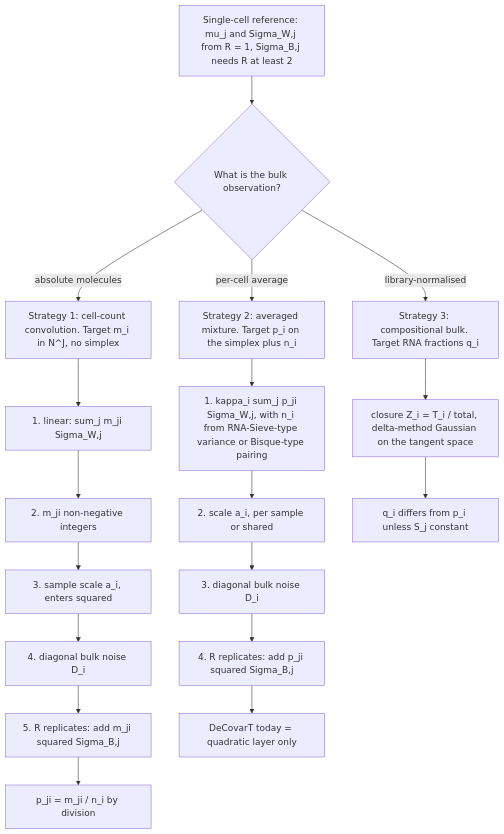
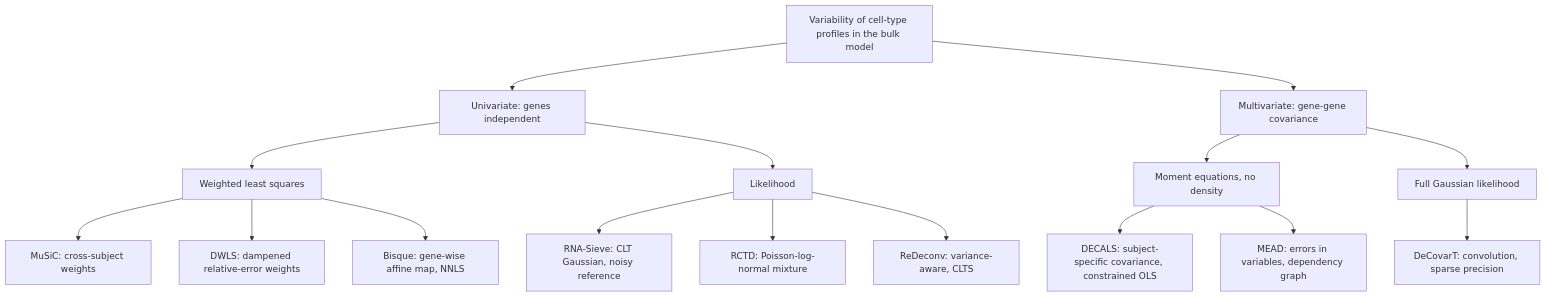
The diagram in articles/theory-decovart-single-cell-bulk-alignment.md (bastienchassagnol/DeCovarT), drawn with Mermaid before and after one commit. The commit also changed other lines of this file and 151 other files, not shown here.

````diff
--- a/articles/theory-decovart-single-cell-bulk-alignment.md
+++ b/articles/theory-decovart-single-cell-bulk-alignment.md
@@ -49,21 +972,20 @@
 ``` mermaid
 %%{init: {"theme": "sandstone", "flowchart": {"curve": "basis"}}}%%
 flowchart TD
-  ref["Single-cell reference: mu_j and Sigma_W,j from R = 1, Sigma_B,j needs R at least 2"] --> q{"What is the bulk observation?"}
-  q -->|"absolute molecules"| S1["Strategy 1: cell-count convolution. Target m_i in N^J, no simplex"]
-  q -->|"per-cell average"| S2["Strategy 2: averaged mixture. Target p_i on the simplex plus n_i"]
-  q -->|"library-normalised"| S3["Strategy 3: compositional bulk. Target RNA fractions q_i"]
-  S1 --> L11["1. linear: sum_j m_ji Sigma_W,j"]
-  L11 --> L12["2. m_ji non-negative integers"]
-  L12 --> L13["3. sample scale a_i, enters squared"]
-  L13 --> L14["4. diagonal bulk noise D_i"]
-  L14 --> L15["5. R replicates: add m_ji squared Sigma_B,j"]
-  L15 --> out1["p_ji = m_ji / n_i by division"]
-  S2 --> L21["1. kappa_i sum_j p_ji Sigma_W,j, with n_i from RNA-Sieve-type variance or Bisque-type pairing"]
-  L21 --> L22["2. scale a_i, per sample or shared"]
-  L22 --> L23["3. diagonal bulk noise D_i"]
-  L23 --> L24["4. R replicates: add p_ji squared Sigma_B,j"]
-  L24 --> out2["DeCovarT today = quadratic layer only"]
-  S3 --> L31["closure Z_i = T_i / total, delta-method Gaussian on the tangent space"]
-  L31 --> out3["q_i differs from p_i unless S_j constant"]
+  root["Variability of cell-type profiles in the bulk model"]
+  root --> uni["Univariate: genes independent"]
+  root --> multi["Multivariate: gene-gene covariance"]
+  uni --> ureg["Weighted least squares"]
+  uni --> ulik["Likelihood"]
+  ureg --> music["MuSiC: cross-subject weights"]
+  ureg --> dwls["DWLS: dampened relative-error weights"]
+  ureg --> bisque["Bisque: gene-wise affine map, NNLS"]
+  ulik --> sieve["RNA-Sieve: CLT Gaussian, noisy reference"]
+  ulik --> rctd["RCTD: Poisson-log-normal mixture"]
+  ulik --> redeconv["ReDeconv: variance-aware, CLTS"]
+  multi --> mmom["Moment equations, no density"]
+  multi --> mlik["Full Gaussian likelihood"]
+  mmom --> decals["DECALS: subject-specific covariance, constrained OLS"]
+  mmom --> mead["MEAD: errors in variables, dependency graph"]
+  mlik --> deco["DeCovarT: convolution, sparse precision"]
 ```
````
